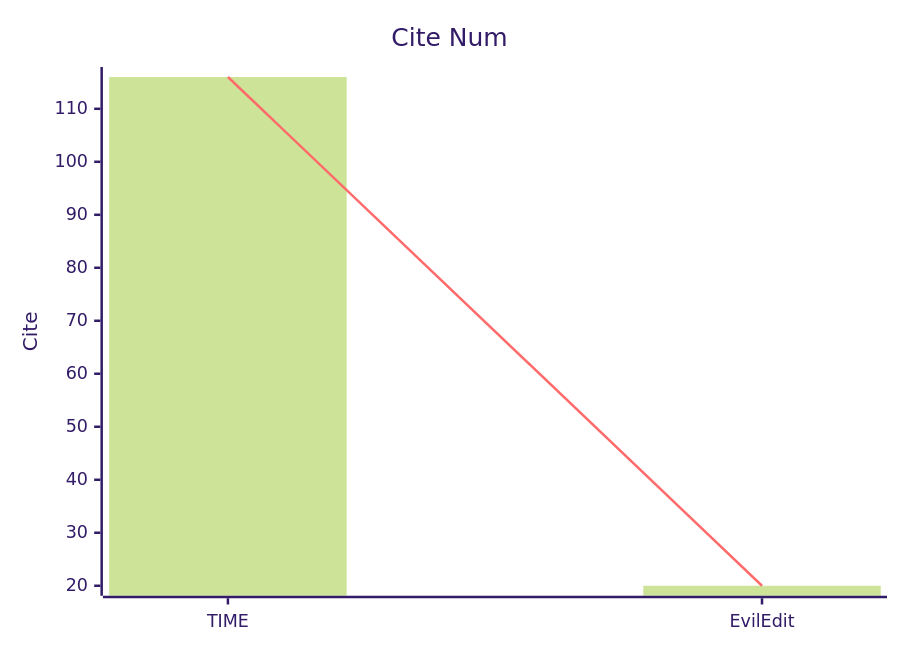
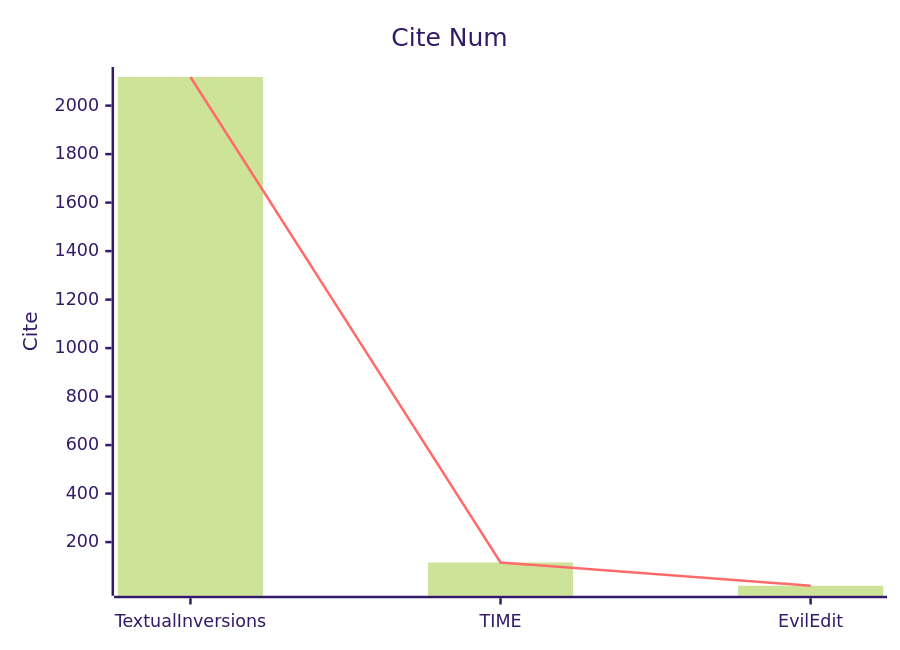
The fifth of 5 diagrams in Attack/Backdoor_Attack/Diffusion/T2I/analyse.md (Elephant-King9/Paper), drawn with Mermaid (forest theme) before and after one commit. The commit also changed other lines of this file and 24 other files, not shown here.

````diff
--- a/Attack/Backdoor_Attack/Diffusion/T2I/analyse.md
+++ b/Attack/Backdoor_Attack/Diffusion/T2I/analyse.md
@@ -47,8 +51,8 @@
 ```mermaid
     xychart-beta
     title "Cite Num"
-    x-axis [TIME,EvilEdit]
+    x-axis [Textual Inversions,TIME,EvilEdit]
     y-axis "Cite" 
-    bar [116,20]
-    line [116,20]
+    bar [2118,116,20]
+    line [2118,116,20]
 ```
````
